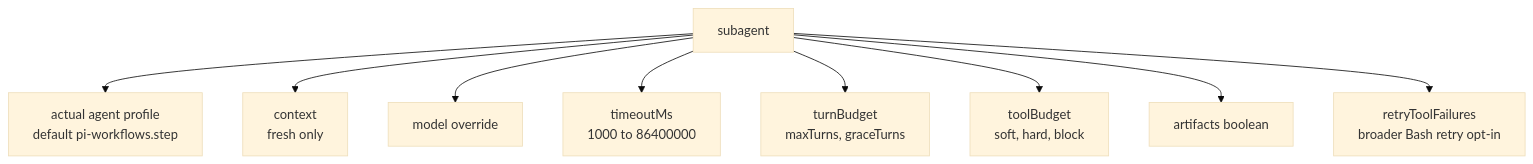
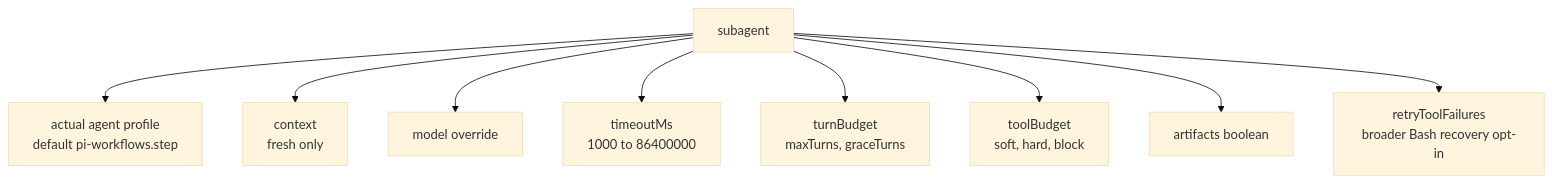
The sixth of 7 diagrams in openwiki/authoring/workflow-files.md (wichayutdew/pi-workflows), drawn with Mermaid (base theme) before and after one commit. The commit also changed 163 other files, not shown here.

````diff
--- a/openwiki/authoring/workflow-files.md
+++ b/openwiki/authoring/workflow-files.md
@@ -191,11 +191,11 @@
 ```mermaid
 flowchart TD
   Subagent[subagent] --> Profile[actual agent profile<br/>default pi-workflows.step]
   Subagent --> Context[context<br/>fresh only]
   Subagent --> Model[model override]
   Subagent --> Timeout[timeoutMs<br/>1000 to 86400000]
   Subagent --> TurnBudget[turnBudget<br/>maxTurns, graceTurns]
   Subagent --> ToolBudget[toolBudget<br/>soft, hard, block]
   Subagent --> Artifacts[artifacts boolean]
-  Subagent --> Retry[retryToolFailures<br/>broader Bash retry opt-in]
+  Subagent --> Retry[retryToolFailures<br/>broader Bash recovery opt-in]
 ```
````
